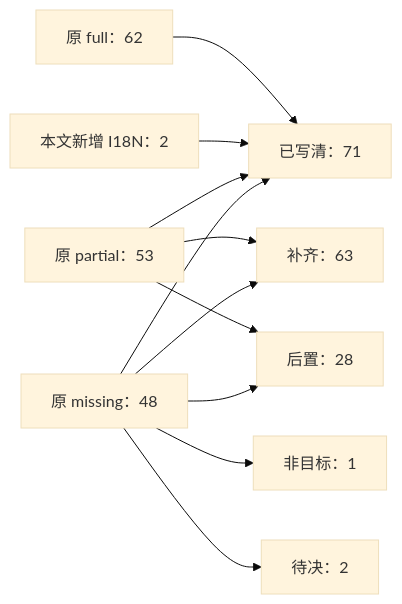
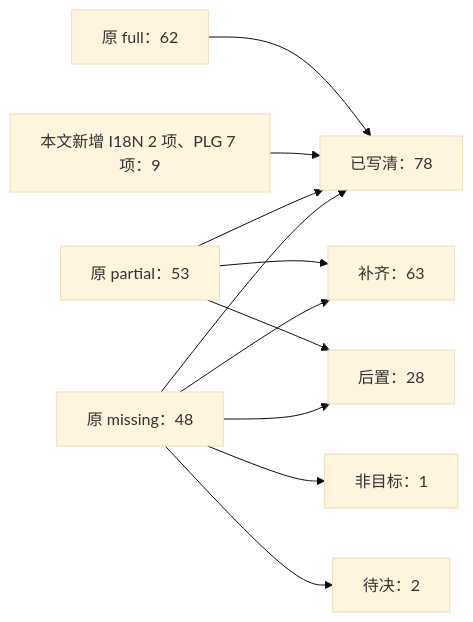
One commit to Xeonice/cordis-ppt-editor changed the fourth of 35 diagrams in docs/50-frontend/18-editor-capabilities.md. Above: the diagram before and after it, drawn with Mermaid (base theme). The commit also changed other lines of this file and 19 other files, not shown here.

````diff
--- a/docs/50-frontend/18-editor-capabilities.md
+++ b/docs/50-frontend/18-editor-capabilities.md
@@ -154,13 +155,13 @@
 ```mermaid
 flowchart LR
-  full["原 full：62"] --> done["已写清：71"]
-  added["本文新增 I18N：2"] --> done
+  full["原 full：62"] --> done["已写清：78"]
+  added["本文新增 I18N 2 项、PLG 7 项：9"] --> done
   partial["原 partial：53"] --> done
   partial --> fill["补齐：63"]
   partial --> later["后置：28"]
   missing["原 missing：48"] --> done
   missing --> fill
   missing --> later
   missing --> ng["非目标：1"]
   missing --> tbd["待决：2"]
 ```
````
